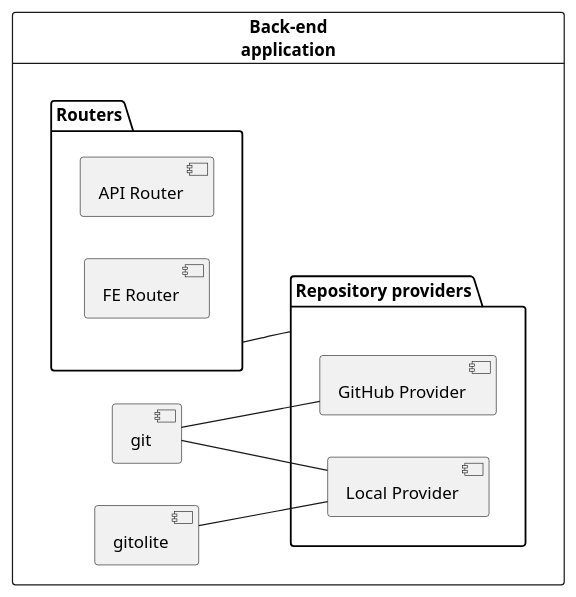
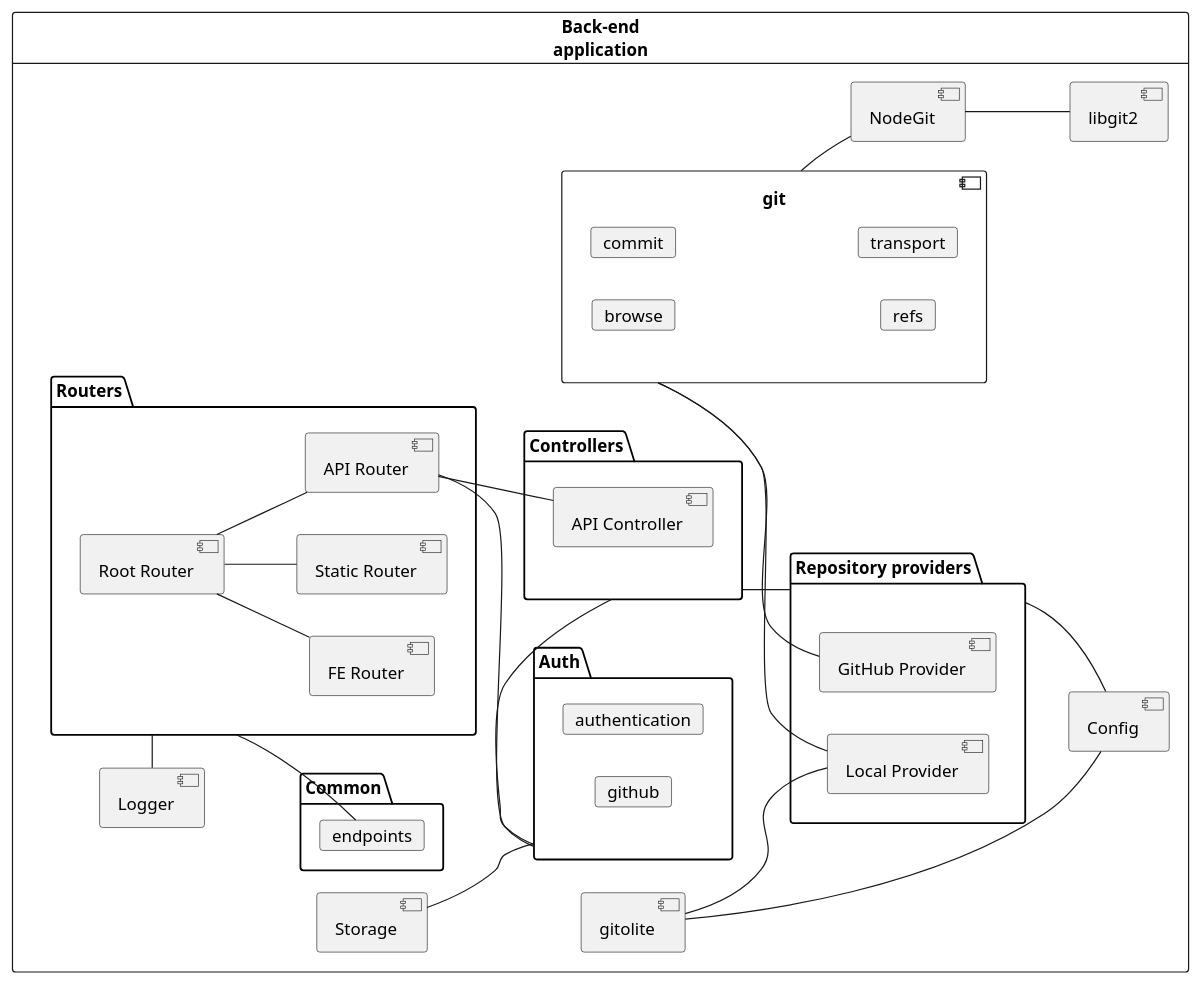
The diagram in src/assets/diagram/architecture-be.plantuml (smolijar/gitwiki-thesis), drawn with PlantUML before and after one commit. The commit also changed 1 other file, not shown here.

Commit message:
Elaborate architecture be section

```diff
--- a/src/assets/diagram/architecture-be.plantuml
+++ b/src/assets/diagram/architecture-be.plantuml
@@ -1,22 +1,59 @@
 @startuml
 left to right direction
 
-
 card "Back-end\napplication" as be {
   folder Routers as r {
+    component "Root Router" as rroot
     component "API Router" as rapi
     component "FE Router" as rfe
+    component "Static Router" as rsta
+    rroot -- rapi
+    rroot -- rfe
+    rroot -- rsta
+  }
+  folder Controllers as c {
+    component "API Controller" as capi
+  }
+  folder Auth as a {
+    card "authentication" as authentication
+    card "github" as github
   }
   folder "Repository providers" as p {
-    component "GitHub Provider" as github
-    component "Local Provider" as local
+    component "GitHub Provider" as githubProv
+    component "Local Provider" as localProv
   }
-  component git
-  component gitolite
-  gitolite -- local
-  git -- github
-  git -- local
-  r -- p
+  folder Common as common {
+    card "endpoints" as endpoints
+  }
+  ' folder Src as s {
+    component "Logger" as logger
+    component "Storage" as storage
+    component "Config" as config
+    component git as git {
+      card browse
+      card commit
+      card refs
+      card transport
+    }
+    component gitolite
+    component NodeGit
+    component libgit2
+  ' }
+  gitolite -- localProv
+  git -- githubProv
+  git -- localProv
+  rapi -- capi
+  rapi -- a
+  r - logger
+  c - a
+  storage -- a
+  p -- config
+  gitolite -- config
+  c -- p
+  r -- endpoints
+  git -- NodeGit
+  NodeGit -- libgit2 
+
 }
 
 @enduml
```
